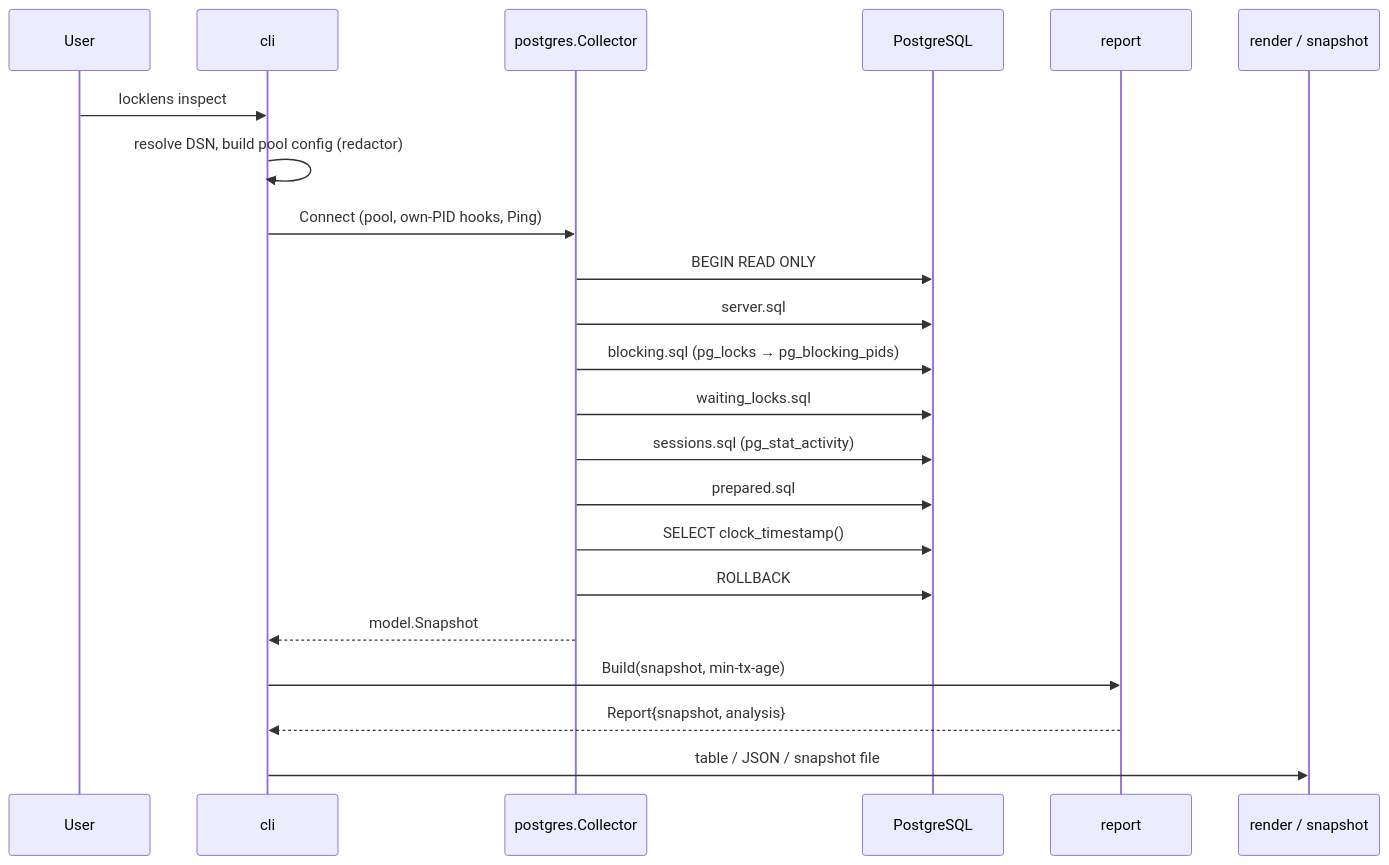
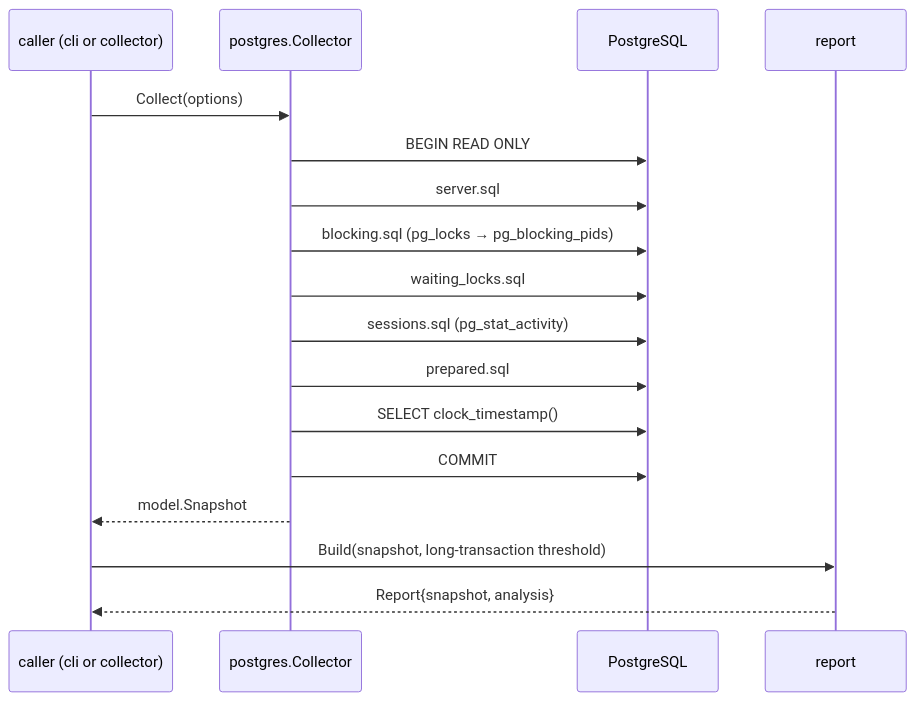
Before and after one commit to Huy-8bit/locklens: the third of 3 diagrams in docs/architecture.md, drawn with Mermaid. The commit also changed other lines of this file and 239 other files, not shown here.

````diff
--- a/docs/architecture.md
+++ b/docs/architecture.md
@@ -57,24 +185,19 @@
 ```mermaid
 sequenceDiagram
-    participant U as User
-    participant C as cli
+    participant C as caller (cli or collector)
     participant P as postgres.Collector
     participant DB as PostgreSQL
     participant R as report
-    participant O as render / snapshot
-    U->>C: locklens inspect
-    C->>C: resolve DSN, build pool config (redactor)
-    C->>P: Connect (pool, own-PID hooks, Ping)
+    C->>P: Collect(options)
     P->>DB: BEGIN READ ONLY
     P->>DB: server.sql
     P->>DB: blocking.sql (pg_locks → pg_blocking_pids)
     P->>DB: waiting_locks.sql
     P->>DB: sessions.sql (pg_stat_activity)
     P->>DB: prepared.sql
     P->>DB: SELECT clock_timestamp()
-    P->>DB: ROLLBACK
+    P->>DB: COMMIT
     P-->>C: model.Snapshot
-    C->>R: Build(snapshot, min-tx-age)
+    C->>R: Build(snapshot, long-transaction threshold)
     R-->>C: Report{snapshot, analysis}
-    C->>O: table / JSON / snapshot file
 ```
````
